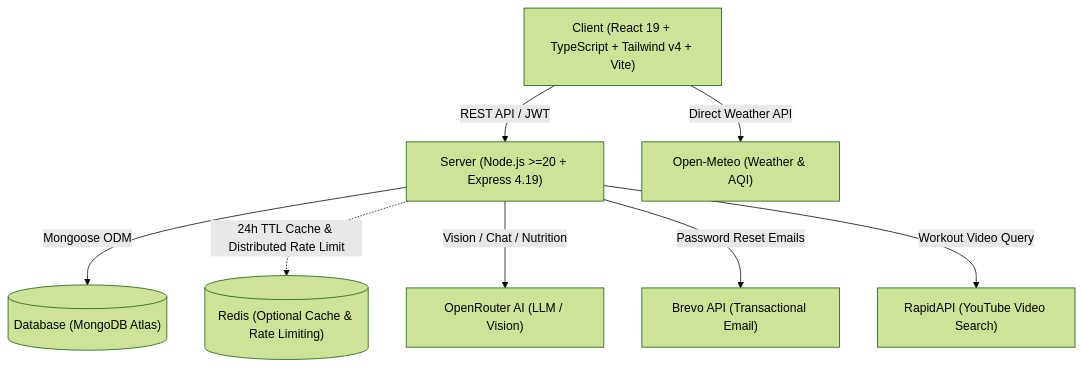
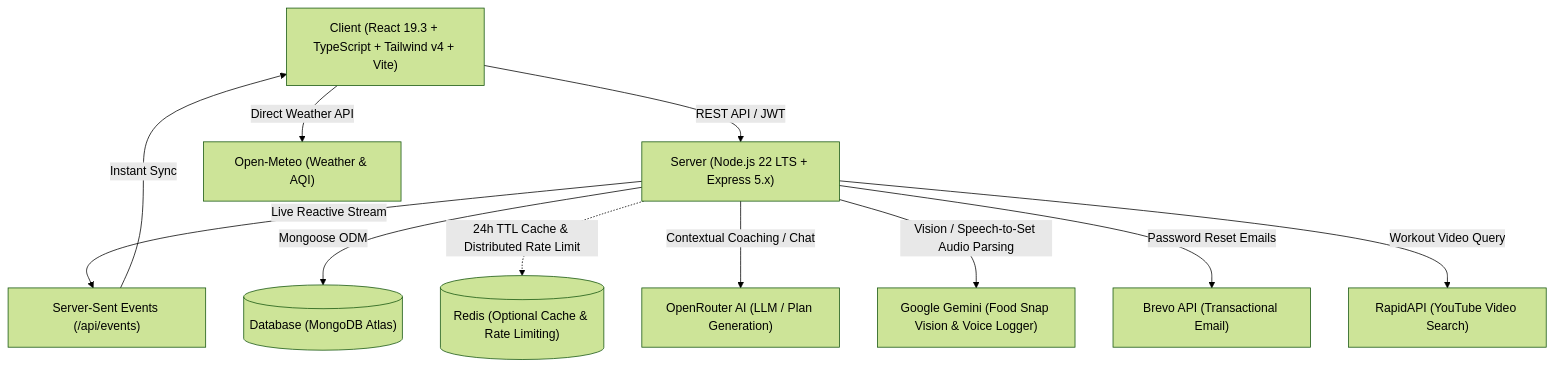
Before and after one commit to Jashan-randhawa/AI-FitnessTracker1: the diagram in README.md, drawn with Mermaid (forest theme). The commit also changed other lines of this file, not shown here.

````diff
--- a/README.md
+++ b/README.md
@@ -213,19 +223,23 @@
 ```mermaid
 graph TD
-    Client["Client (React 19 + TypeScript + Tailwind v4 + Vite)"]
-    Server["Server (Node.js >=20 + Express 4.19)"]
+    Client["Client (React 19.3 + TypeScript + Tailwind v4 + Vite)"]
+    Server["Server (Node.js 22 LTS + Express 5.x)"]
     DB[("Database (MongoDB Atlas)")]
     Redis[("Redis (Optional Cache & Rate Limiting)")]
-    OpenRouter["OpenRouter AI (LLM / Vision)"]
+    OpenRouter["OpenRouter AI (LLM / Plan Generation)"]
+    Gemini["Google Gemini (Food Snap Vision & Voice Logger)"]
     OpenMeteo["Open-Meteo (Weather & AQI)"]
     Brevo["Brevo API (Transactional Email)"]
     YouTube["RapidAPI (YouTube Video Search)"]
+    SSE["Server-Sent Events (/api/events)"]
 
     Client -->|REST API / JWT| Server
+    Server -->|Live Reactive Stream| SSE -->|Instant Sync| Client
     Client -->|Direct Weather API| OpenMeteo
     Server -->|Mongoose ODM| DB
     Server -.->|24h TTL Cache & Distributed Rate Limit| Redis
-    Server -->|Vision / Chat / Nutrition| OpenRouter
+    Server -->|Contextual Coaching / Chat| OpenRouter
+    Server -->|Vision / Speech-to-Set Audio Parsing| Gemini
     Server -->|Password Reset Emails| Brevo
     Server -->|Workout Video Query| YouTube
 ```
````
